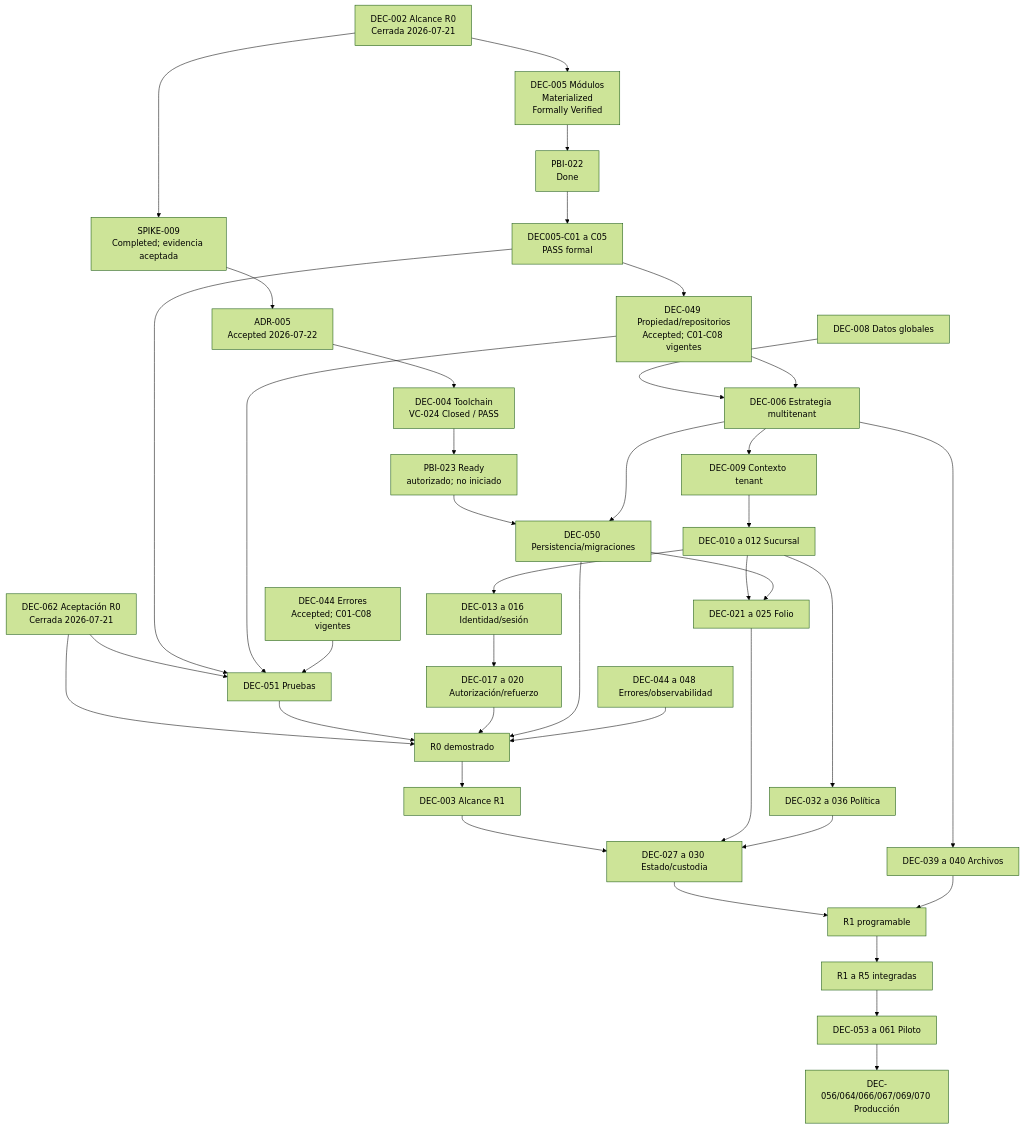
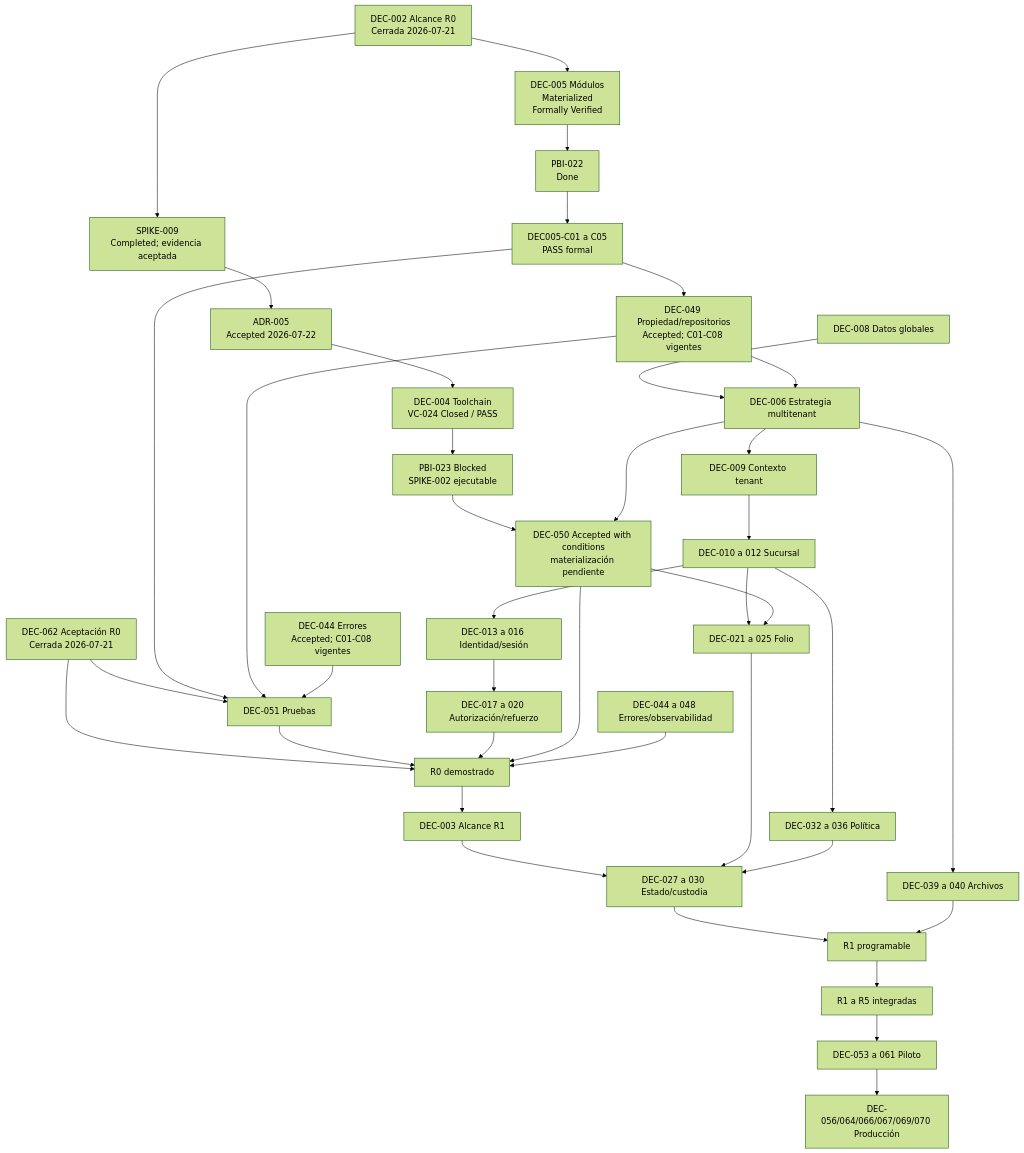
One commit to luisgtzaviles/SrTaller-2.0 changed the diagram in docs/architecture-readiness/blocker-closure/DEPENDENCIAS_ENTRE_DECISIONES.md. Above: the diagram before and after it, drawn with Mermaid (forest theme). The commit also changed other lines of this file and 41 other files, not shown here.

````diff
--- a/docs/architecture-readiness/blocker-closure/DEPENDENCIAS_ENTRE_DECISIONES.md
+++ b/docs/architecture-readiness/blocker-closure/DEPENDENCIAS_ENTRE_DECISIONES.md
@@ -5,45 +5,45 @@
 ```mermaid
 flowchart TD
     SCOPE[DEC-002 Alcance R0<br/>Cerrada 2026-07-21] --> SPIKE9[SPIKE-009<br/>Completed; evidencia aceptada]
     SPIKE9 --> ADR5[ADR-005<br/>Accepted 2026-07-22]
     ADR5 --> STACK[DEC-004 Toolchain<br/>VC-024 Closed / PASS]
     SCOPE --> MODULES[DEC-005 Módulos<br/>Materialized<br/>Formally Verified]
     MODULES --> PBI22[PBI-022<br/>Done]
     PBI22 --> D5E[DEC005-C01 a C05<br/>PASS formal]
     ACCEPT[DEC-062 Aceptación R0<br/>Cerrada 2026-07-21] --> TEST[DEC-051 Accepted<br/>C01/C07/C09 Satisfied]
     ACCEPT --> R0
-    STACK --> PBI23[PBI-023 Ready<br/>autorizado; no iniciado]
-    PBI23 --> DATA[DEC-050 Persistencia/migraciones]
+    STACK --> PBI23[PBI-023 Blocked<br/>SPIKE-002 ejecutable]
+    PBI23 --> DATA[DEC-050 Accepted with conditions<br/>materialización pendiente]
     D5E --> OWN[DEC-049 Propiedad/repositorios<br/>Accepted; C01-C08 vigentes]
     D5E --> TEST
     OWN --> TEST
     ERR[DEC-044 Errores<br/>Accepted; C01-C08 vigentes] --> TEST
 
     GLOBAL[DEC-008 Datos globales] --> MT[DEC-006 Estrategia multitenant]
     OWN --> MT
     MT --> TC[DEC-009 Contexto tenant]
     TC --> BR[DEC-010 a 012 Sucursal]
     BR --> ID[DEC-013 a 016 Identidad/sesión]
     ID --> AUTH[DEC-017 a 020 Autorización/refuerzo]
     MT --> DATA
 
     TEST[DEC-051 Pruebas] --> R0[R0 demostrado]
     AUTH --> R0
     DATA --> R0
     OBS[DEC-044 a 048 Errores/observabilidad] --> R0
 
     R0 --> R1S[DEC-003 Alcance R1]
     BR --> FOLIO[DEC-021 a 025 Folio]
     DATA --> FOLIO
     R1S --> CUST[DEC-027 a 030 Estado/custodia]
     FOLIO --> CUST
     BR --> POLICY[DEC-032 a 036 Política]
     POLICY --> CUST
     MT --> FILES[DEC-039 a 040 Archivos]
     CUST --> R1[R1 programable]
     FILES --> R1
 
     R1 --> MVP[R1 a R5 integradas]
     MVP --> PILOT[DEC-053 a 061 Piloto]
     PILOT --> PROD[DEC-056/064/066/067/069/070 Producción]
 ```
````
